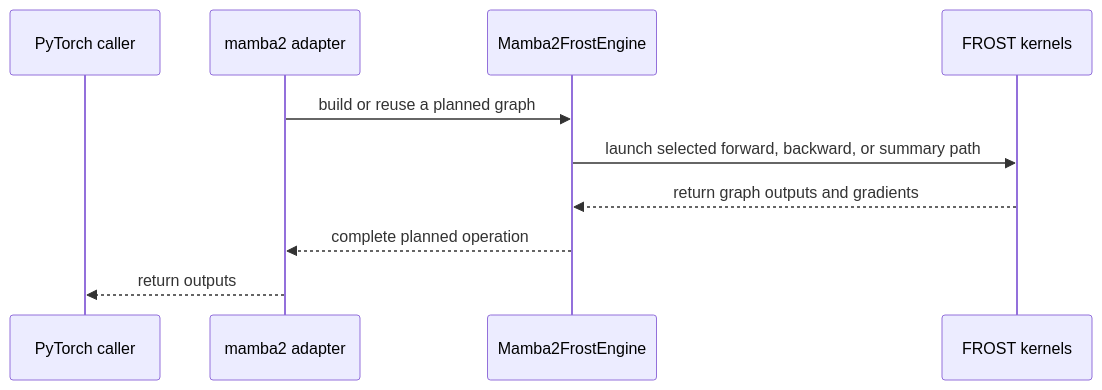
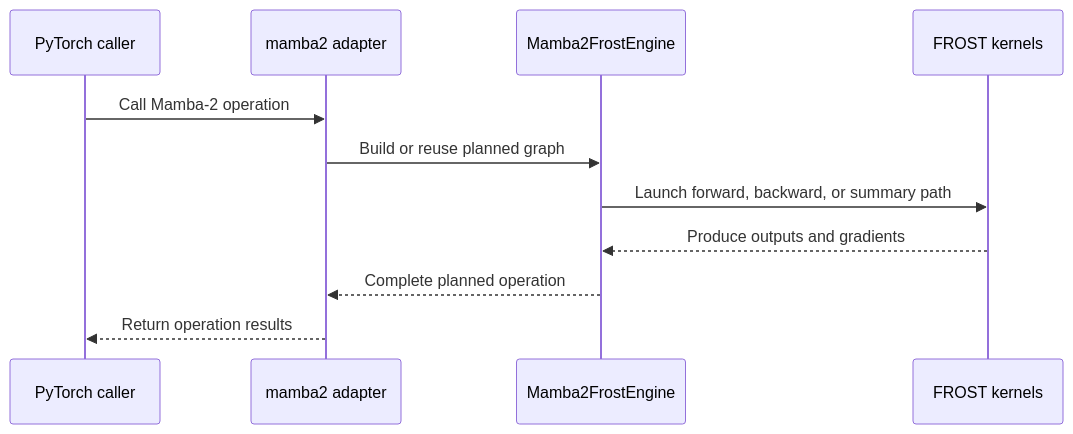
The diagram in knowledge/projects/cudnn-frontend/knowledgebase/upstream/prs/NVIDIA--cudnn-frontend/PR-1577.md (yuguo-Jack/HCU-TrainFlow), drawn with Mermaid before and after one commit. The commit also changed other lines of this file and 19088 other files, not shown here.

````diff
--- a/knowledge/projects/cudnn-frontend/knowledgebase/upstream/prs/NVIDIA--cudnn-frontend/PR-1577.md
+++ b/knowledge/projects/cudnn-frontend/knowledgebase/upstream/prs/NVIDIA--cudnn-frontend/PR-1577.md
@@ -313,12 +691,13 @@
 ```mermaid
 sequenceDiagram
-  participant Client as PyTorch caller
+  participant Caller as PyTorch caller
   participant Adapter as mamba2 adapter
-  participant Graph as Mamba2FrostEngine
-  participant Kernel as FROST kernels
-  Adapter->>Graph: build or reuse a planned graph
-  Graph->>Kernel: launch selected forward, backward, or summary path
-  Kernel-->>Graph: return graph outputs and gradients
-  Graph-->>Adapter: complete planned operation
-  Adapter-->>Client: return outputs
+  participant Engine as Mamba2FrostEngine
+  participant Kernels as FROST kernels
+  Caller->>Adapter: Call Mamba-2 operation
+  Adapter->>Engine: Build or reuse planned graph
+  Engine->>Kernels: Launch forward, backward, or summary path
+  Kernels-->>Engine: Produce outputs and gradients
+  Engine-->>Adapter: Complete planned operation
+  Adapter-->>Caller: Return operation results
 ```
````
